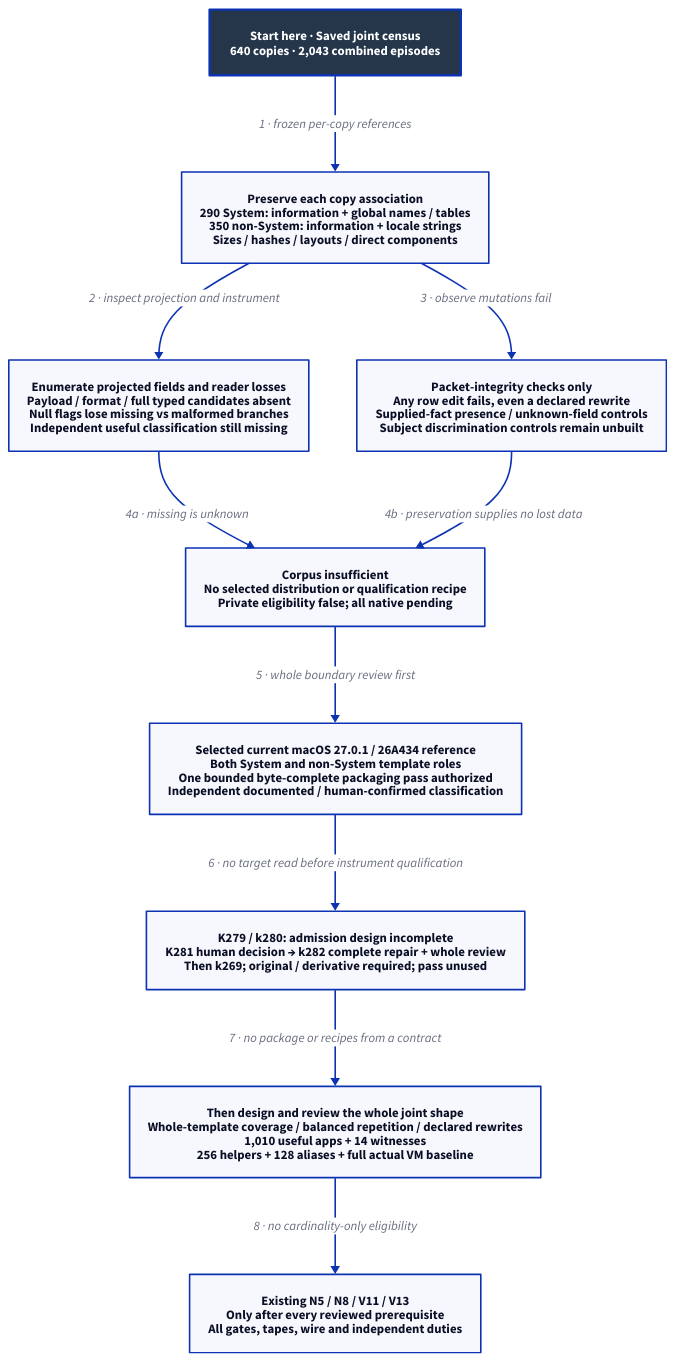
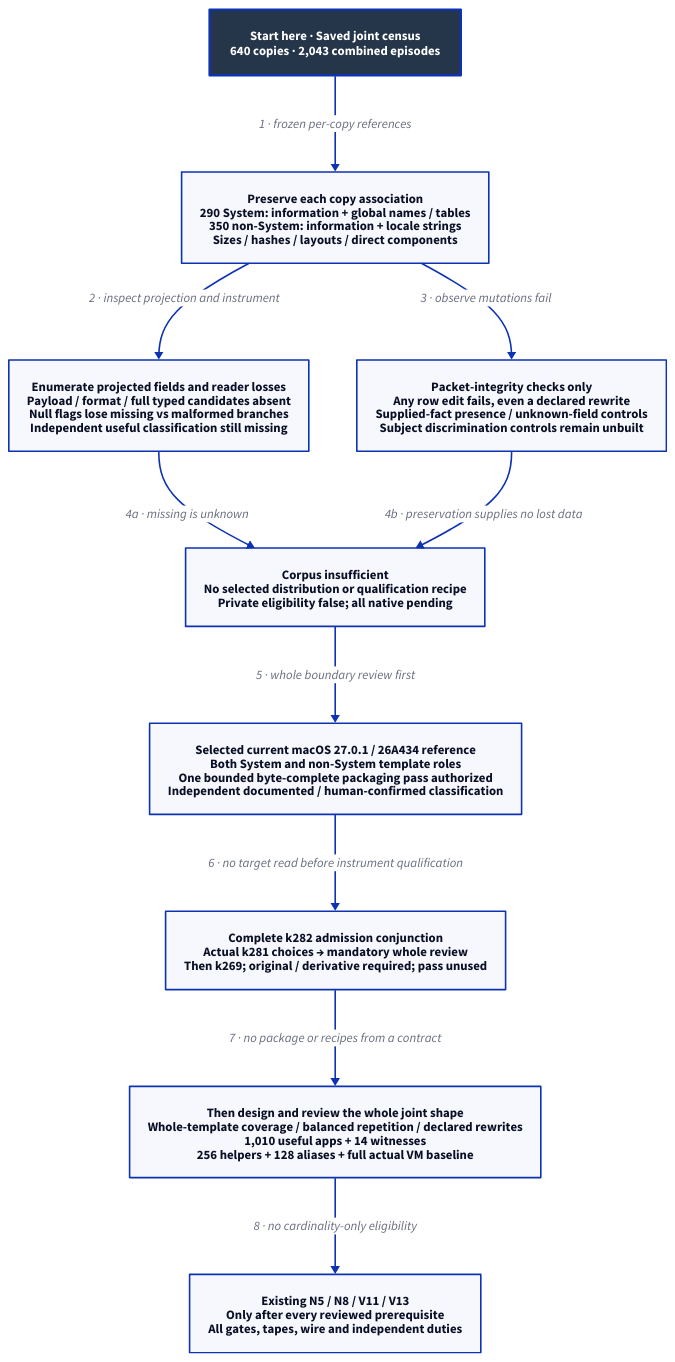
Before and after one commit to Linkuistics/Koine: the diagram in docs/design/architecture/native-population-metadata-shape.d2, drawn with D2. The commit also changed 51 other files, not shown here.

Commit message:
Reconcile complete reference admission design (reference-evidence-admission-completion-k287, reference-evidence-admission-completion-k282)

```diff
--- a/docs/design/architecture/native-population-metadata-shape.d2
+++ b/docs/design/architecture/native-population-metadata-shape.d2
@@ -1,23 +1,23 @@
 # Historical boundary and selected current-reference requirements; no useful subject or native pass.
 direction: down
 classes: {
   start: {style: {fill: "#25364B"; font-color: "#FFFFFF"; bold: true; stroke-width: 3}}
 }
 Start: "Start here · Saved joint census\n640 copies · 2,043 combined episodes" {class: start}
 Known: "Preserve each copy association\n290 System: information + global names / tables\n350 non-System: information + locale strings\nSizes / hashes / layouts / direct components"
 Missing: "Enumerate projected fields and reader losses\nPayload / format / full typed candidates absent\nNull flags lose missing vs malformed branches\nIndependent useful classification still missing"
 Control: "Packet-integrity checks only\nAny row edit fails, even a declared rewrite\nSupplied-fact presence / unknown-field controls\nSubject discrimination controls remain unbuilt"
 Boundary: "Corpus insufficient\nNo selected distribution or qualification recipe\nPrivate eligibility false; all native pending"
 Decision: "Selected current macOS 27.0.1 / 26A434 reference\nBoth System and non-System template roles\nOne bounded byte-complete packaging pass authorized\nIndependent documented / human-confirmed classification"
-Contract: "K279 / k280: admission design incomplete\nK281 human decision → k282 complete repair + whole review\nThen k269; original / derivative required; pass unused"
+Contract: "Complete k282 admission conjunction\nActual k281 choices → mandatory whole review\nThen k269; original / derivative required; pass unused"
 Design: "Then design and review the whole joint shape\nWhole-template coverage / balanced repetition / declared rewrites\n1,010 useful apps + 14 witnesses\n256 helpers + 128 aliases + full actual VM baseline"
 Native: "Existing N5 / N8 / V11 / V13\nOnly after every reviewed prerequisite\nAll gates, tapes, wire and independent duties"
 Start -> Known: "1 · frozen per-copy references"
 Known -> Missing: "2 · inspect projection and instrument"
 Known -> Control: "3 · observe mutations fail"
 Missing -> Boundary: "4a · missing is unknown"
 Control -> Boundary: "4b · preservation supplies no lost data"
 Boundary -> Decision: "5 · whole boundary review first"
 Decision -> Contract: "6 · no target read before instrument qualification"
 Contract -> Design: "7 · no package or recipes from a contract"
 Design -> Native: "8 · no cardinality-only eligibility"
```
